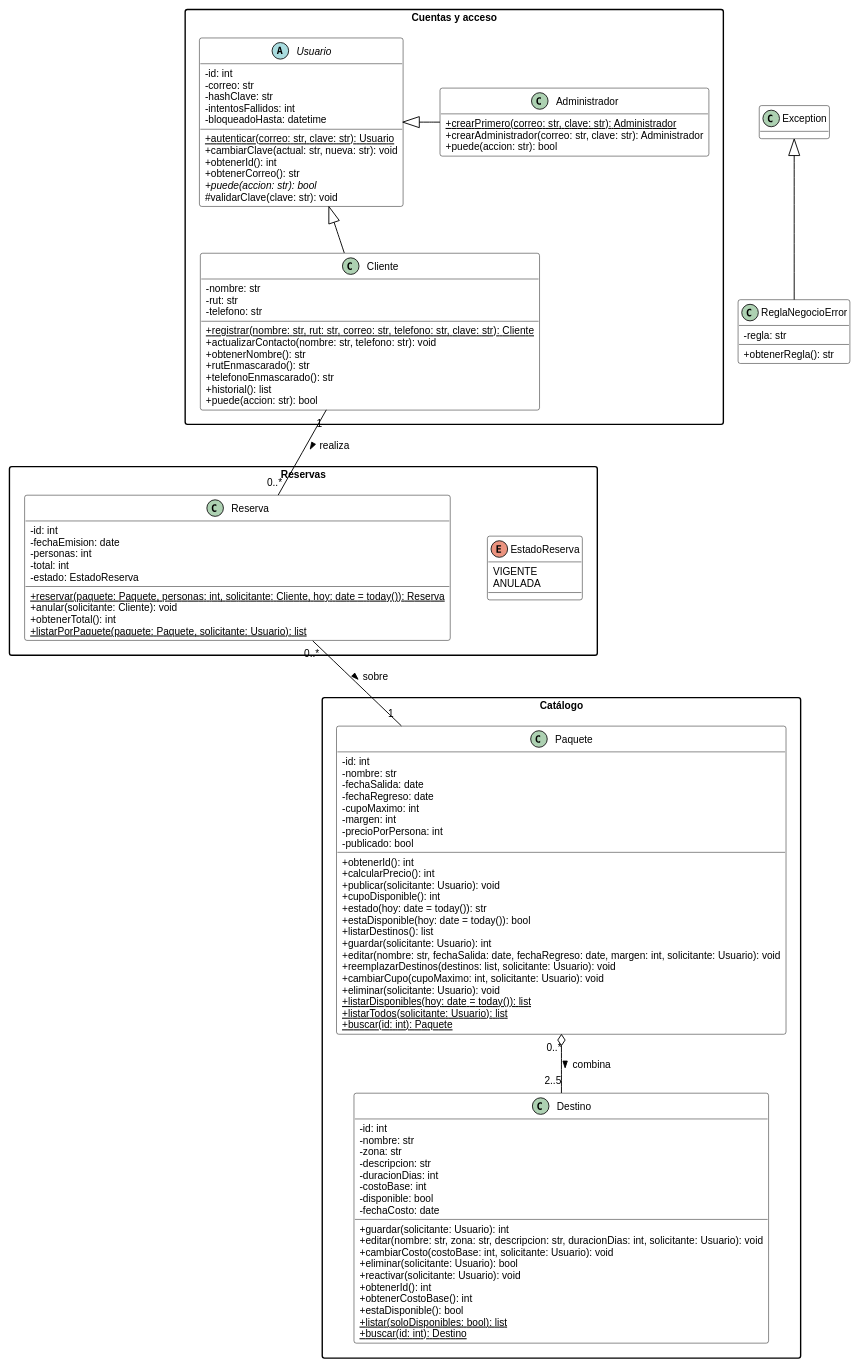
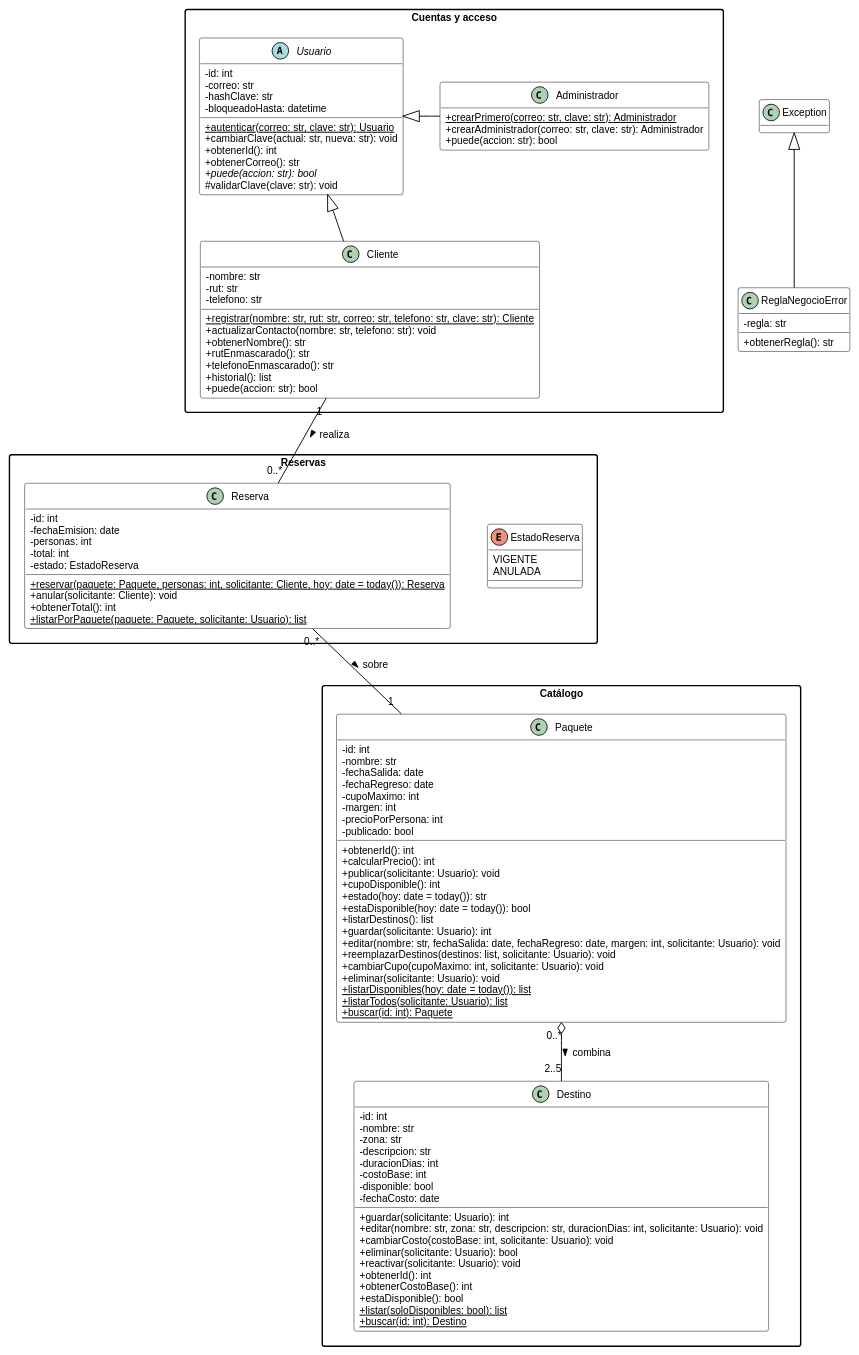
The diagram in diagramas/clases.puml (leonardoguerrerodev/POO-Viajes-Aventura), drawn with PlantUML before and after one commit. The commit also changed 4 other files, not shown here.

```diff
--- a/diagramas/clases.puml
+++ b/diagramas/clases.puml
@@ -1,140 +1,139 @@
 @startuml clases
 ' Diagrama de clases de Viajes Aventura (paso 5 del plan). Convención de la ES1: nombres en camelCase,
 ' privado con «-», protegido con «#», sin constructor, «void» cuando no devuelve nada. El código usa
 ' snake_case y herramientas/uml_vs_codigo.py convierte uno en otro para compararlos.
 skinparam classAttributeIconSize 0
 skinparam defaultFontName "Liberation Sans"
 skinparam defaultFontSize 11
 skinparam shadowing false
 skinparam packageStyle rectangle
 skinparam class {
   BackgroundColor white
   BorderColor black
   ArrowColor black
 }
 skinparam note {
   BackgroundColor #f6f6f6
   BorderColor #666666
 }
 hide empty fields
 skinparam nodesep 40
 skinparam ranksep 50
 
 package "Cuentas y acceso" {
   abstract class Usuario {
     - id: int
     - correo: str
     - hashClave: str
-    - intentosFallidos: int
     - bloqueadoHasta: datetime
     + {static} autenticar(correo: str, clave: str): Usuario
     + cambiarClave(actual: str, nueva: str): void
     + obtenerId(): int
     + obtenerCorreo(): str
     + {abstract} puede(accion: str): bool
     # validarClave(clave: str): void
   }
 
   class Cliente {
     - nombre: str
     - rut: str
     - telefono: str
     + {static} registrar(nombre: str, rut: str, correo: str, telefono: str, clave: str): Cliente
     + actualizarContacto(nombre: str, telefono: str): void
     + obtenerNombre(): str
     + rutEnmascarado(): str
     + telefonoEnmascarado(): str
     + historial(): list
     + puede(accion: str): bool
   }
 
   class Administrador {
     + {static} crearPrimero(correo: str, clave: str): Administrador
     + crearAdministrador(correo: str, clave: str): Administrador
     + puede(accion: str): bool
   }
 }
 
 package "Catálogo" {
   class Destino {
     - id: int
     - nombre: str
     - zona: str
     - descripcion: str
     - duracionDias: int
     - costoBase: int
     - disponible: bool
     - fechaCosto: date
     + guardar(solicitante: Usuario): int
     + editar(nombre: str, zona: str, descripcion: str, duracionDias: int, solicitante: Usuario): void
     + cambiarCosto(costoBase: int, solicitante: Usuario): void
     + eliminar(solicitante: Usuario): bool
     + reactivar(solicitante: Usuario): void
     + obtenerId(): int
     + obtenerCostoBase(): int
     + estaDisponible(): bool
     + {static} listar(soloDisponibles: bool): list
     + {static} buscar(id: int): Destino
   }
 
   class Paquete {
     - id: int
     - nombre: str
     - fechaSalida: date
     - fechaRegreso: date
     - cupoMaximo: int
     - margen: int
     - precioPorPersona: int
     - publicado: bool
     + obtenerId(): int
     + calcularPrecio(): int
     + publicar(solicitante: Usuario): void
     + cupoDisponible(): int
     + estado(hoy: date = today()): str
     + estaDisponible(hoy: date = today()): bool
     + listarDestinos(): list
     + guardar(solicitante: Usuario): int
     + editar(nombre: str, fechaSalida: date, fechaRegreso: date, margen: int, solicitante: Usuario): void
     + reemplazarDestinos(destinos: list, solicitante: Usuario): void
     + cambiarCupo(cupoMaximo: int, solicitante: Usuario): void
     + eliminar(solicitante: Usuario): void
     + {static} listarDisponibles(hoy: date = today()): list
     + {static} listarTodos(solicitante: Usuario): list
     + {static} buscar(id: int): Paquete
   }
 }
 
 package "Reservas" {
   class Reserva {
     - id: int
     - fechaEmision: date
     - personas: int
     - total: int
     - estado: EstadoReserva
     + {static} reservar(paquete: Paquete, personas: int, solicitante: Cliente, hoy: date = today()): Reserva
     + anular(solicitante: Cliente): void
     + obtenerTotal(): int
     + {static} listarPorPaquete(paquete: Paquete, solicitante: Usuario): list
   }
 
   enum EstadoReserva {
     VIGENTE
     ANULADA
   }
 }
 
 class ReglaNegocioError {
   - regla: str
   + obtenerRegla(): str
 }
 
 Usuario <|-- Cliente
 Usuario <|-right- Administrador
 Cliente "1" -down- "0..*" Reserva : realiza >
 Reserva -[hidden]right- EstadoReserva
 Administrador -[hidden]right- Paquete
 Paquete "0..*" o-down- "2..5" Destino : combina >
 Reserva "0..*" -- "1" Paquete : sobre >
 Exception <|-- ReglaNegocioError
 
 @enduml
```
